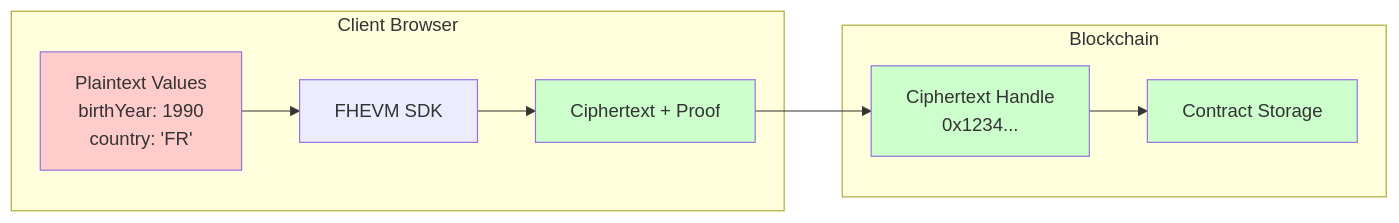
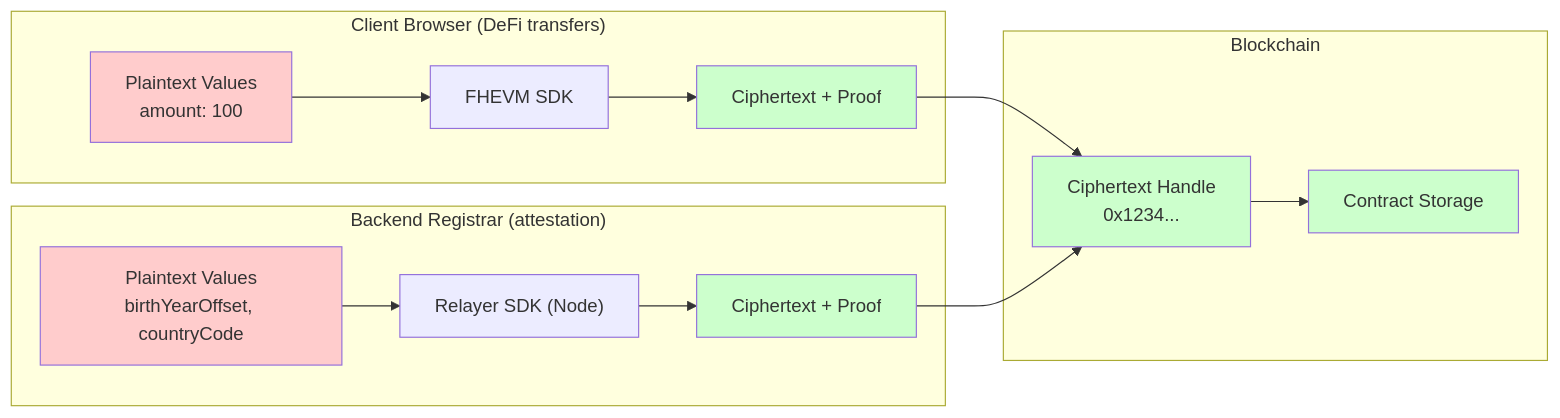
Before and after one commit to gustavovalverde/zentity: the fourth of 5 diagrams in docs/web2-to-web3-transition.md, drawn with Mermaid. The commit also changed other lines of this file and 27 other files, not shown here.

````diff
--- a/docs/web2-to-web3-transition.md
+++ b/docs/web2-to-web3-transition.md
@@ -253,20 +254,30 @@
 ```mermaid
 flowchart LR
-    subgraph "Client Browser"
-        Plain["Plaintext Values<br/>birthYear: 1990<br/>country: 'FR'"]
+    subgraph "Client Browser (DeFi transfers)"
+        PlainUser["Plaintext Values<br/>amount: 100"]
         SDK["FHEVM SDK"]
-        Cipher["Ciphertext + Proof"]
-        Plain --> SDK --> Cipher
+        CipherUser["Ciphertext + Proof"]
+        PlainUser --> SDK --> CipherUser
+    end
+
+    subgraph "Backend Registrar (attestation)"
+        PlainServer["Plaintext Values<br/>birthYearOffset, countryCode"]
+        Relayer["Relayer SDK (Node)"]
+        CipherServer["Ciphertext + Proof"]
+        PlainServer --> Relayer --> CipherServer
     end
 
     subgraph "Blockchain"
         Handle["Ciphertext Handle<br/>0x1234..."]
         Storage["Contract Storage"]
-        Cipher --> Handle --> Storage
+        CipherUser --> Handle --> Storage
+        CipherServer --> Handle
     end
 
-    style Plain fill:#ffcccc
-    style Cipher fill:#ccffcc
+    style PlainUser fill:#ffcccc
+    style PlainServer fill:#ffcccc
+    style CipherUser fill:#ccffcc
+    style CipherServer fill:#ccffcc
     style Handle fill:#ccffcc
     style Storage fill:#ccffcc
 ```
````
